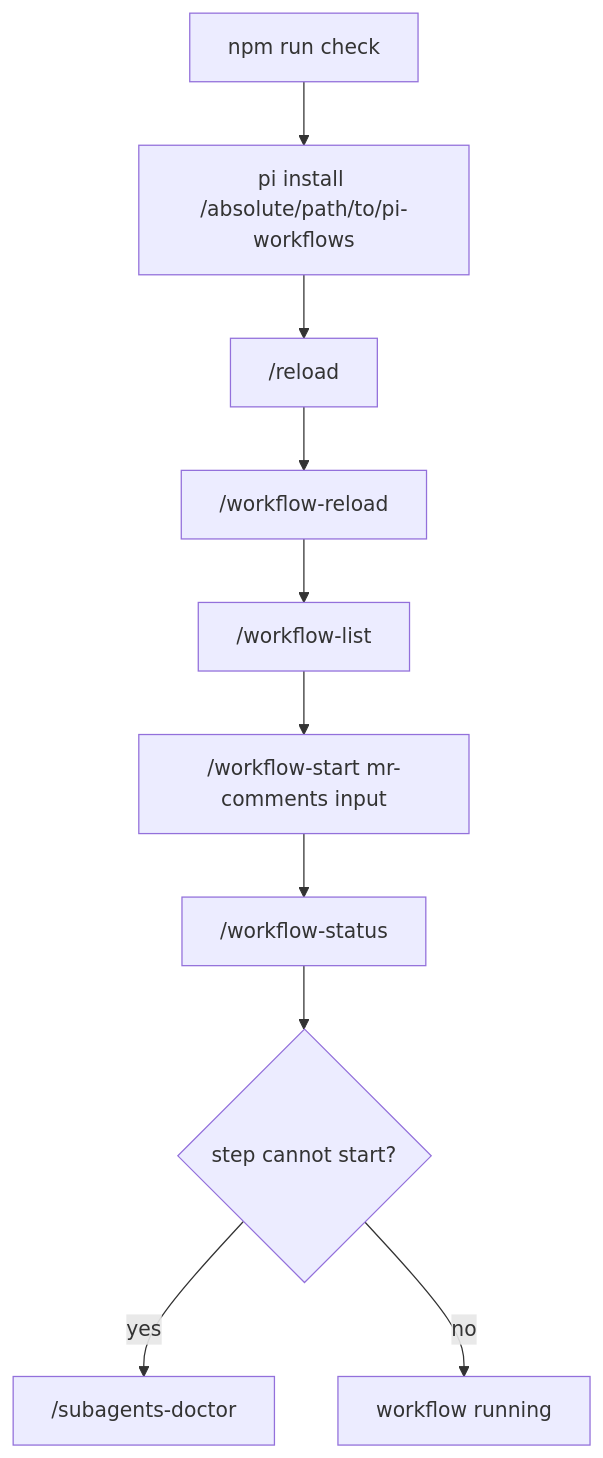
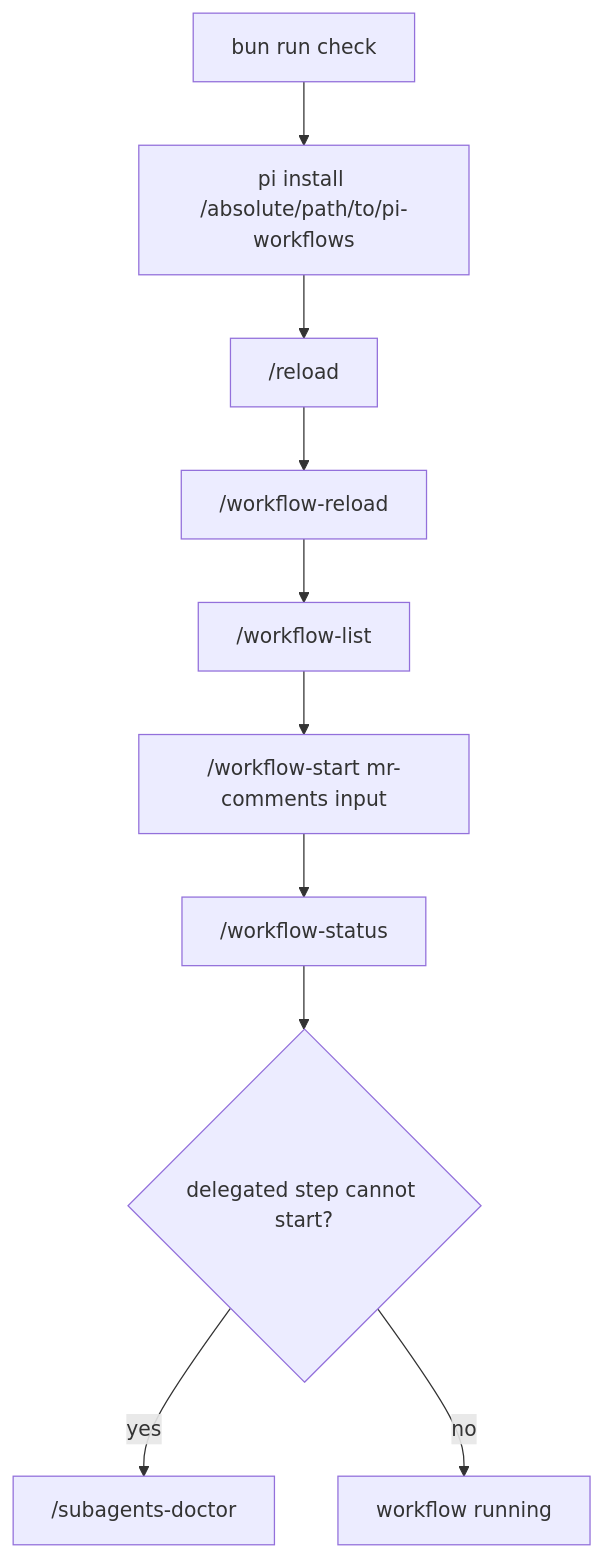
Before and after one commit to wichayutdew/pi-workflows: the fifth of 5 diagrams in openwiki/development/testing.md, drawn with Mermaid. The commit also changed other lines of this file and 84 other files, not shown here.

````diff
--- a/openwiki/development/testing.md
+++ b/openwiki/development/testing.md
@@ -61,12 +63,12 @@
 ```mermaid
 flowchart TD
-  Check[npm run check] --> Install[pi install /absolute/path/to/pi-workflows]
+  Check[bun run check] --> Install[pi install /absolute/path/to/pi-workflows]
   Install --> Reload["/reload"]
   Reload --> WorkflowReload["/workflow-reload"]
   WorkflowReload --> List["/workflow-list"]
   List --> Start["/workflow-start mr-comments input"]
   Start --> Status["/workflow-status"]
-  Status --> Doctor{step cannot start?}
+  Status --> Doctor{delegated step cannot start?}
   Doctor -- yes --> SubDoctor["/subagents-doctor"]
   Doctor -- no --> Done[workflow running]
 ```
````
